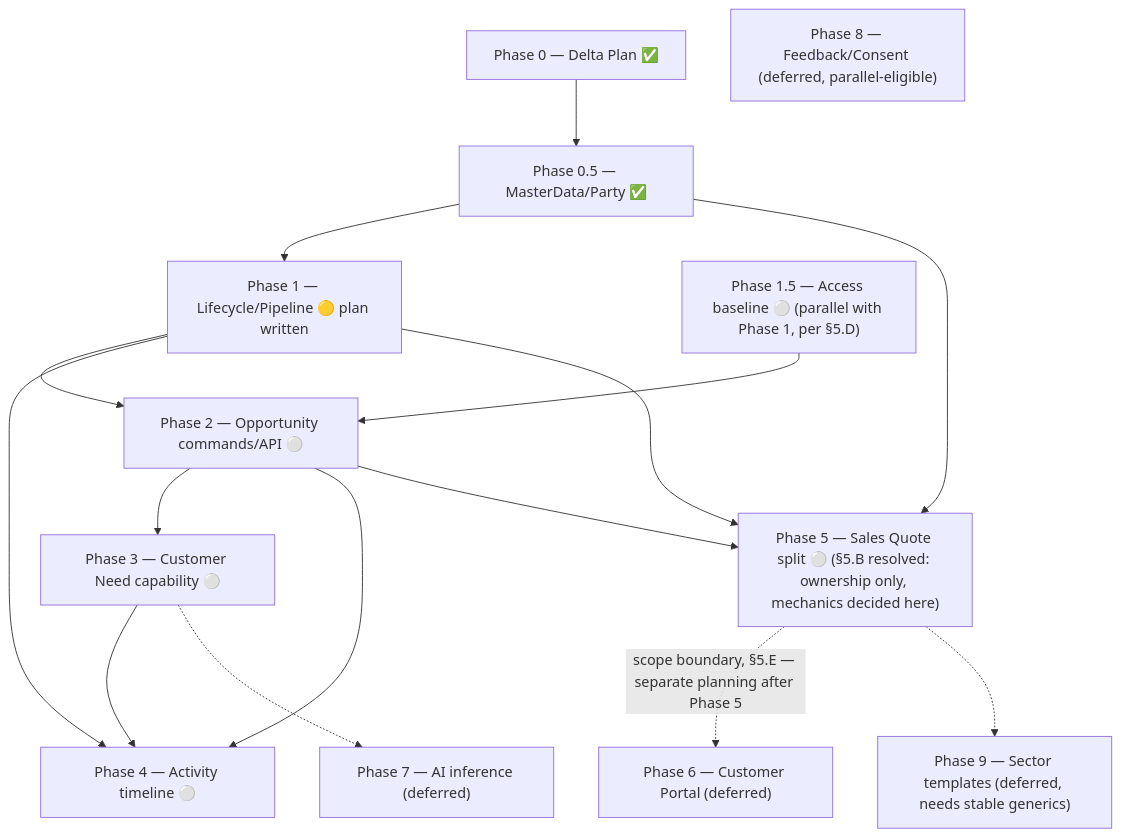
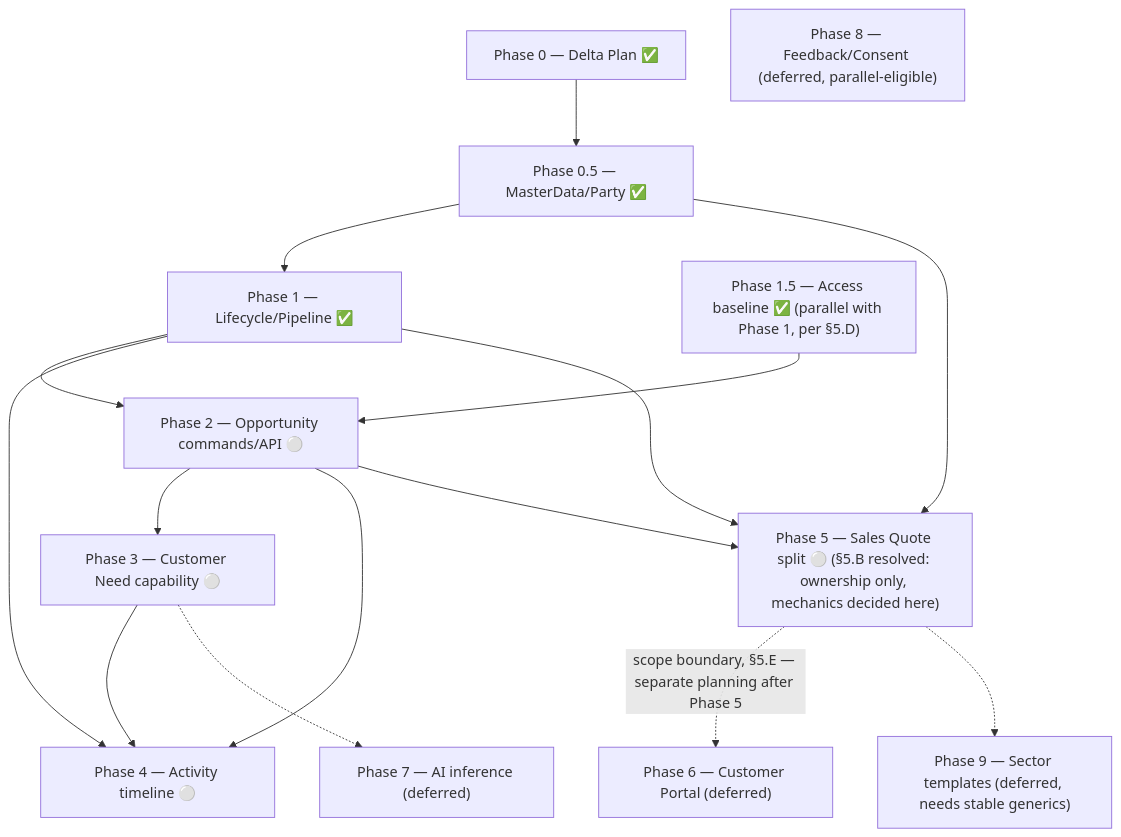
The diagram in docs/plans/crm-phase1/2026-09-16-crm-target-model-phase0-delta-plan.md (ibrahimtezvergil/fynovio-platform), drawn with Mermaid before and after one commit. The commit also changed other lines of this file and 5 other files, not shown here.

````diff
--- a/docs/plans/crm-phase1/2026-09-16-crm-target-model-phase0-delta-plan.md
+++ b/docs/plans/crm-phase1/2026-09-16-crm-target-model-phase0-delta-plan.md
@@ -401,18 +417,18 @@
 ```mermaid
 graph TD
     P0["Phase 0 — Delta Plan ✅"] --> P05["Phase 0.5 — MasterData/Party ✅"]
-    P05 --> P1["Phase 1 — Lifecycle/Pipeline 🟡 plan written"]
+    P05 --> P1["Phase 1 — Lifecycle/Pipeline ✅"]
     P1 --> P2["Phase 2 — Opportunity commands/API ⚪"]
-    P15["Phase 1.5 — Access baseline ⚪ (parallel with Phase 1, per §5.D)"] --> P2
+    P15["Phase 1.5 — Access baseline ✅ (parallel with Phase 1, per §5.D)"] --> P2
     P2 --> P3["Phase 3 — Customer Need capability ⚪"]
     P1 --> P4["Phase 4 — Activity timeline ⚪"]
     P2 --> P4
     P3 --> P4
     P05 --> P5["Phase 5 — Sales Quote split ⚪ (§5.B resolved: ownership only, mechanics decided here)"]
     P1 --> P5
     P2 --> P5
     P5 -.->|"scope boundary, §5.E — separate planning after Phase 5"| P6["Phase 6 — Customer Portal (deferred)"]
     P3 -.-> P7["Phase 7 — AI inference (deferred)"]
     P8["Phase 8 — Feedback/Consent (deferred, parallel-eligible)"]
     P5 -.-> P9["Phase 9 — Sector templates (deferred, needs stable generics)"]
 ```
````
